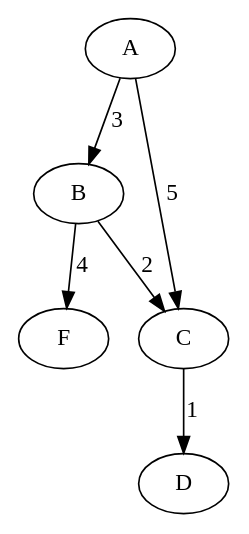
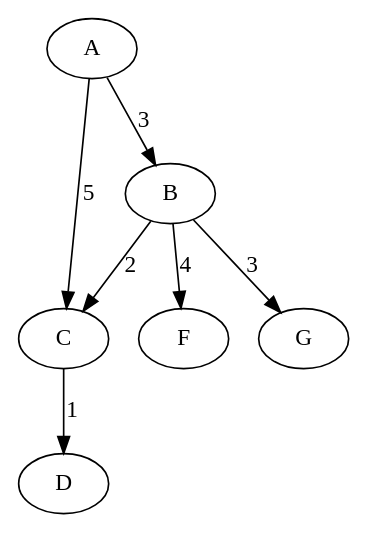
The diagram in src/graph.dot (anemon-a/Graphs), drawn with Graphviz before and after one commit. The commit also changed 4 other files, not shown here.

```diff
--- a/src/graph.dot
+++ b/src/graph.dot
@@ -1,7 +1,7 @@
 digraph G {
-    A -> B [label="3"];
+    A -> B -> G [label="3"];
     A -> C [label="5"];
     B -> C [label="2"];
     B -> F [label="4"];
     C -> D [label="1"];
 }
```
